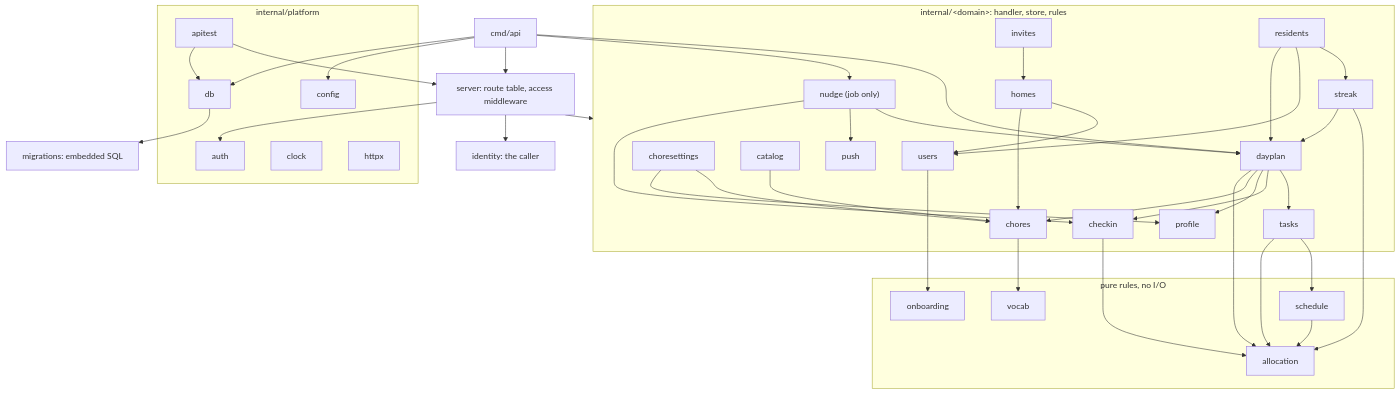
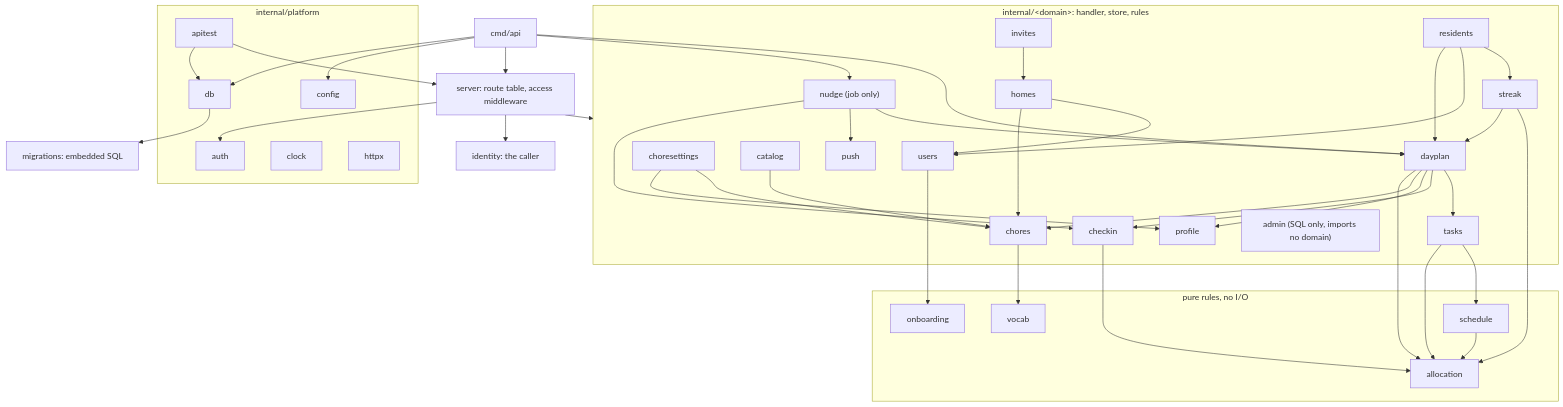
Before and after one commit to AbnerWillclefy/Homeowner: the first of 3 diagrams in docs/architecture/backend.md, drawn with Mermaid. The commit also changed other lines of this file, not shown here.

Commit message:
docs(architecture): describe the admin module and overview route

````diff
--- a/docs/architecture/backend.md
+++ b/docs/architecture/backend.md
@@ -36,78 +36,79 @@
 ```mermaid
 flowchart TD
     main["cmd/api"]
     server["server: route table, access middleware"]
 
     subgraph domains["internal/&lt;domain&gt;: handler, store, rules"]
         users
         homes
         invites
         chores
         choresettings
         catalog
         profile
         tasks
         dayplan
         checkin
         streak
         residents
         push
+        admin["admin (SQL only, imports no domain)"]
         nudge["nudge (job only)"]
     end
 
     subgraph pure["pure rules, no I/O"]
         alloc["allocation"]
         schedule
         onboarding
         vocab
     end
 
     subgraph platform["internal/platform"]
         auth
         clock
         config
         db
         httpx
         apitest
     end
 
     identity["identity: the caller"]
     mig["migrations: embedded SQL"]
 
     main --> server
     main --> dayplan
     main --> nudge
     main --> config
     main --> db
     server --> domains
     server --> identity
     server --> auth
     homes --> users
     homes --> chores
     invites --> homes
     users --> onboarding
     catalog --> chores
     choresettings --> chores
     choresettings --> profile
     dayplan --> tasks
     dayplan --> checkin
     dayplan --> profile
     dayplan --> chores
     dayplan --> alloc
     streak --> alloc
     streak --> dayplan
     residents --> streak
     residents --> users
     residents --> dayplan
     tasks --> schedule
     tasks --> alloc
     schedule --> alloc
     checkin --> alloc
     nudge --> dayplan
     nudge --> push
     nudge --> checkin
     chores --> vocab
     db --> mig
     apitest --> server
     apitest --> db
 ```
````
